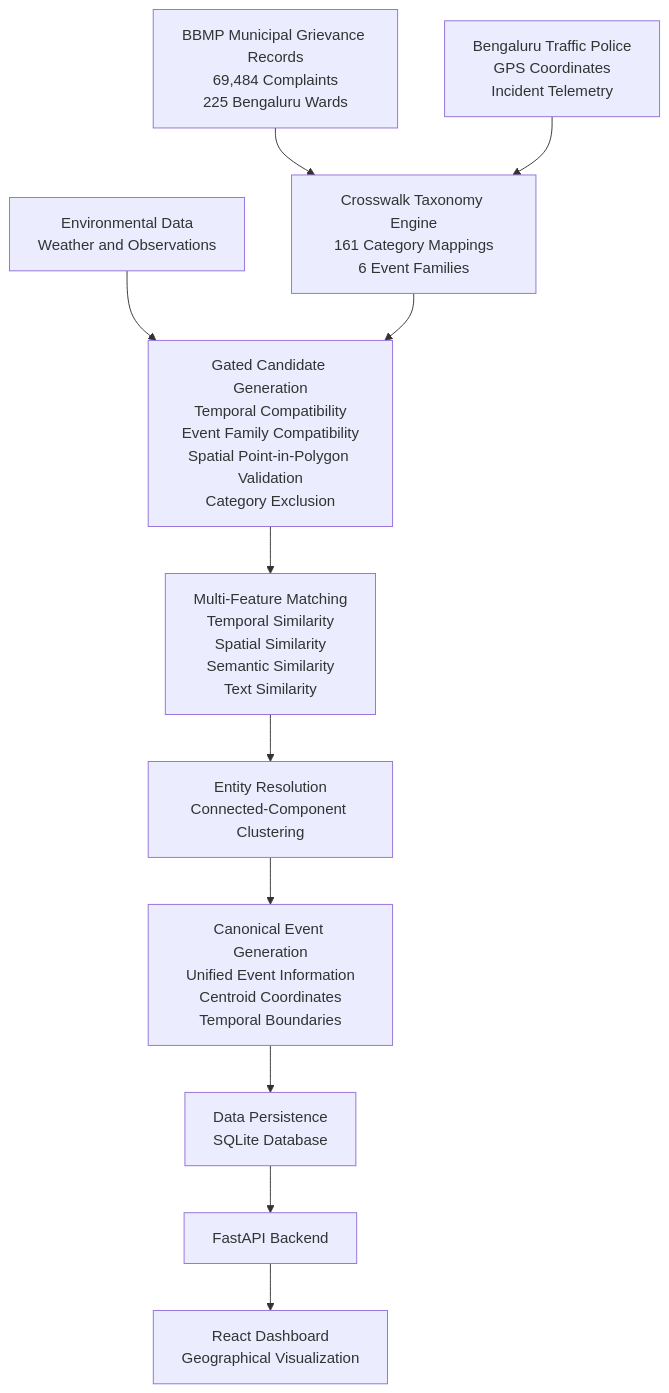
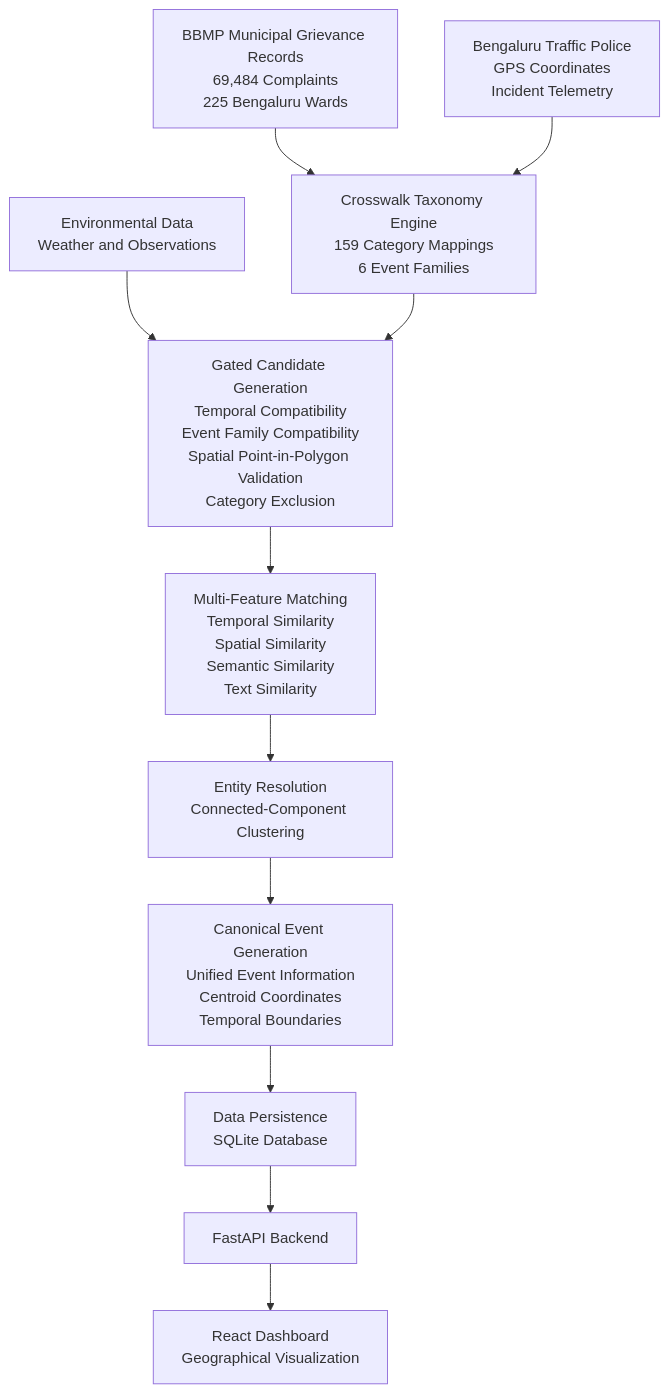
The diagram in README.md (kumarkc57/LOCALYN), drawn with Mermaid before and after one commit.

Commit message:
Update category mappings in Crosswalk Taxonomy Engine

````diff
--- a/README.md
+++ b/README.md
@@ -34,32 +34,32 @@
 ```mermaid
 flowchart TD
     A["BBMP Municipal Grievance Records<br/>69,484 Complaints<br/>225 Bengaluru Wards"]
     B["Bengaluru Traffic Police<br/>GPS Coordinates<br/>Incident Telemetry"]
     C["Environmental Data<br/>Weather and Observations"]
 
-    D["Crosswalk Taxonomy Engine<br/>161 Category Mappings<br/>6 Event Families"]
+    D["Crosswalk Taxonomy Engine<br/>159 Category Mappings<br/>6 Event Families"]
 
     E["Gated Candidate Generation<br/>Temporal Compatibility<br/>Event Family Compatibility<br/>Spatial Point-in-Polygon Validation<br/>Category Exclusion"]
 
     F["Multi-Feature Matching<br/>Temporal Similarity<br/>Spatial Similarity<br/>Semantic Similarity<br/>Text Similarity"]
 
     G["Entity Resolution<br/>Connected-Component Clustering"]
 
     H["Canonical Event Generation<br/>Unified Event Information<br/>Centroid Coordinates<br/>Temporal Boundaries"]
 
     I["Data Persistence<br/>SQLite Database"]
 
     J["FastAPI Backend"]
     K["React Dashboard<br/>Geographical Visualization"]
 
     A --> D
     B --> D
     C --> E
     D --> E
     E --> F
     F --> G
     G --> H
     H --> I
     I --> J
     J --> K
 ```
````
